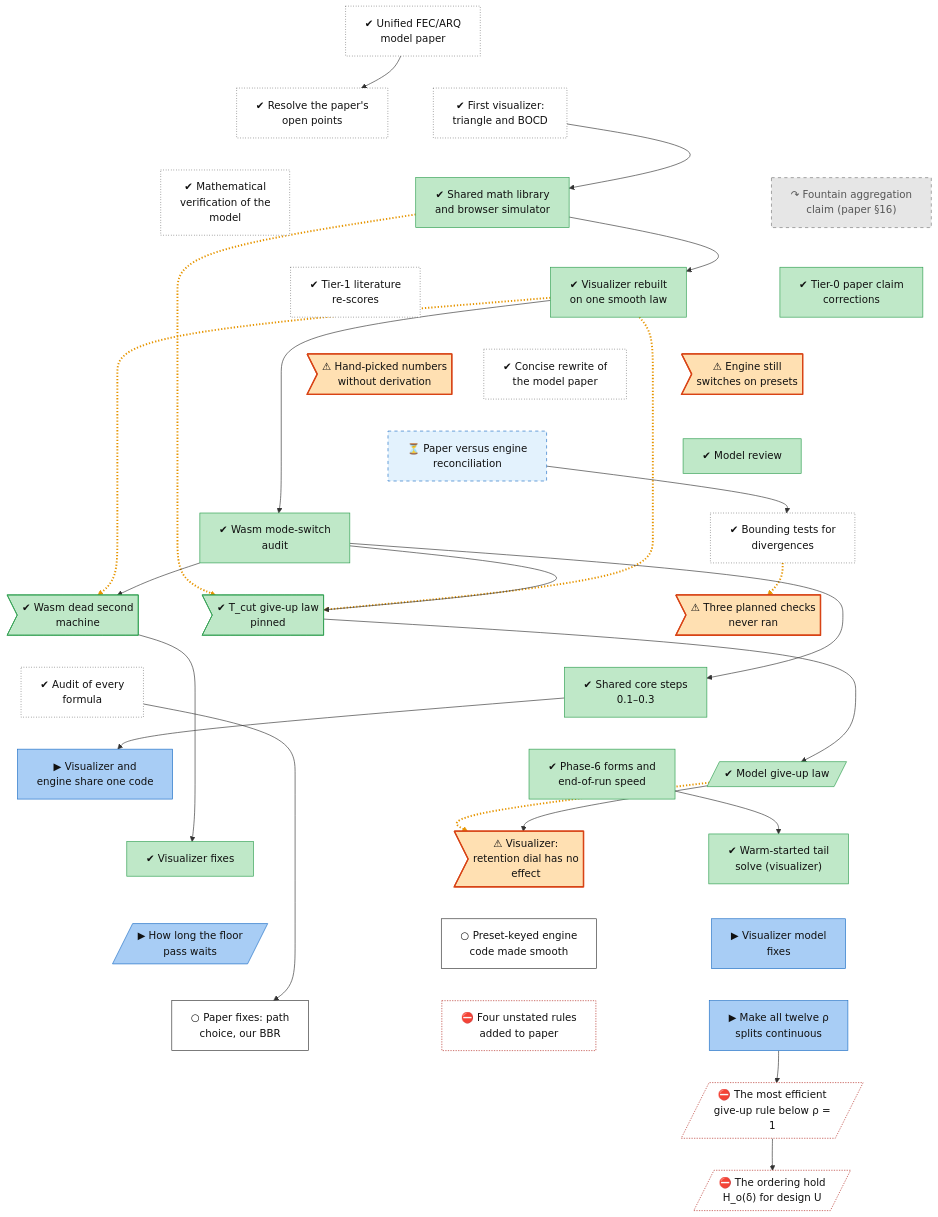
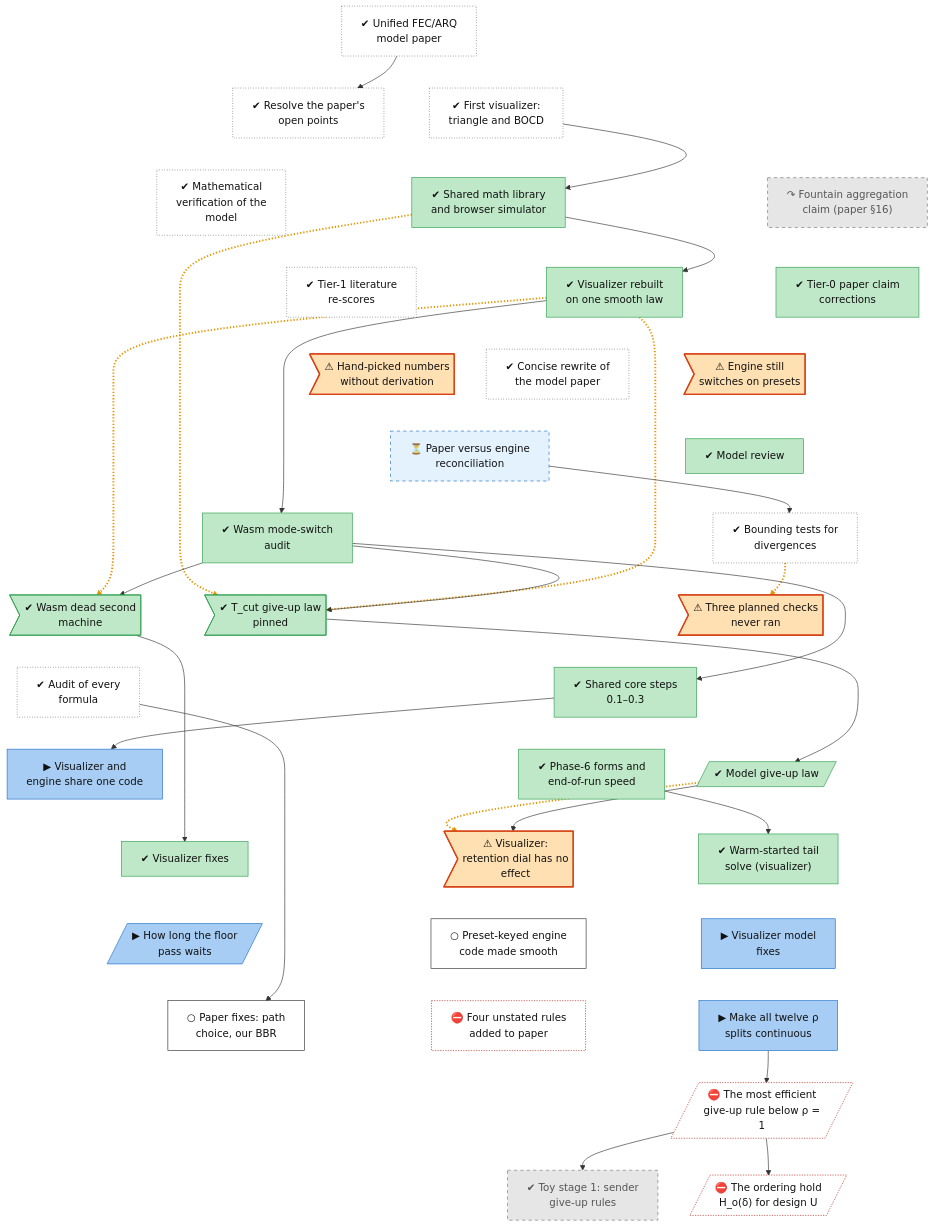
Before and after one commit to lhns/raptorpath: the diagram in docs/roadmap/tracks/model.md, drawn with Mermaid. The commit also changed other lines of this file and 3 other files, not shown here.

Commit message:
roadmap: toy stage 1 result (run-atomic and T_rho dropped; age gate unexercised; floor travels as its own datagram)

```diff
--- a/docs/roadmap/tracks/model.md
+++ b/docs/roadmap/tracks/model.md
@@ -43,6 +43,7 @@
     model_fix_paper_p3["⛔ Four unstated rules<br/>added to paper"]
     model_rho_step_sites["▶ Make all twelve ρ<br/>splits continuous"]
     model_skip_rule_efficiency[/"⛔ The most efficient<br/>give-up rule below ρ =<br/>1"/]
+    model_toy_stage1["✔ Toy stage 1: sender<br/>give-up rules"]
     model_ordering_hold[/"⛔ The ordering hold<br/>H_o(δ) for design U"/]
     model_paper_v1 ~~~ model_open_points
     model_paper_v1 ~~~ model_visualizer_v1
@@ -81,6 +82,7 @@
     model_fix_paper_p2 ~~~ model_skip_rule_efficiency
     model_fix_paper_p3 ~~~ model_skip_rule_efficiency
     model_rho_step_sites ~~~ model_skip_rule_efficiency
+    model_skip_rule_efficiency ~~~ model_toy_stage1
     model_skip_rule_efficiency ~~~ model_ordering_hold
     model_paper_v1 --> model_open_points
     model_visualizer_v1 --> model_wasm_l0
@@ -102,8 +104,9 @@
     model_endspeed --> model_warm_start
     model_law_ledger --> model_fix_paper_p2
     model_rho_step_sites --> model_skip_rule_efficiency
+    model_skip_rule_efficiency --> model_toy_stage1
     model_skip_rule_efficiency --> model_ordering_hold
-    linkStyle 40,42,43,45,52 stroke:#e69500,stroke-width:3px,stroke-dasharray:2 3
+    linkStyle 41,43,44,46,53 stroke:#e69500,stroke-width:3px,stroke-dasharray:2 3
     classDef vsucc fill:#2e9e4f,stroke:#1b6b34,color:#fff
     classDef succ fill:#bfe8c8,stroke:#2e9e4f,color:#111
     classDef mixed fill:#ffd37a,stroke:#c98a00,color:#111
@@ -120,7 +123,7 @@
     classDef waiting fill:#e3f2fd,stroke:#1f6fc5,stroke-dasharray:5 5,color:#111
     class model_paper_v1,model_open_points,model_visualizer_v1,model_math_verification,model_tier1_rescores,model_paper_rewrite,model_bound_tests,model_law_ledger unrated
     class model_wasm_l0,model_vis_continuum,model_tier0_corrections,model_review_37,model_wasm_audit,model_defect_tcut,model_defect_dead_machine,model_shared_core_0,model_endspeed,model_giveup_law,model_viz_fix,model_warm_start succ
-    class model_s16_fountain dead
+    class model_s16_fountain,model_toy_stage1 dead
     class model_mode_switch_debts,model_open_constants,model_bound_tests_unrun,model_defect_rho_inert finding
     class model_paper_recon waiting
     class model_shared_core,model_floor_hold,model_wasm_fixes,model_rho_step_sites inprog
```
